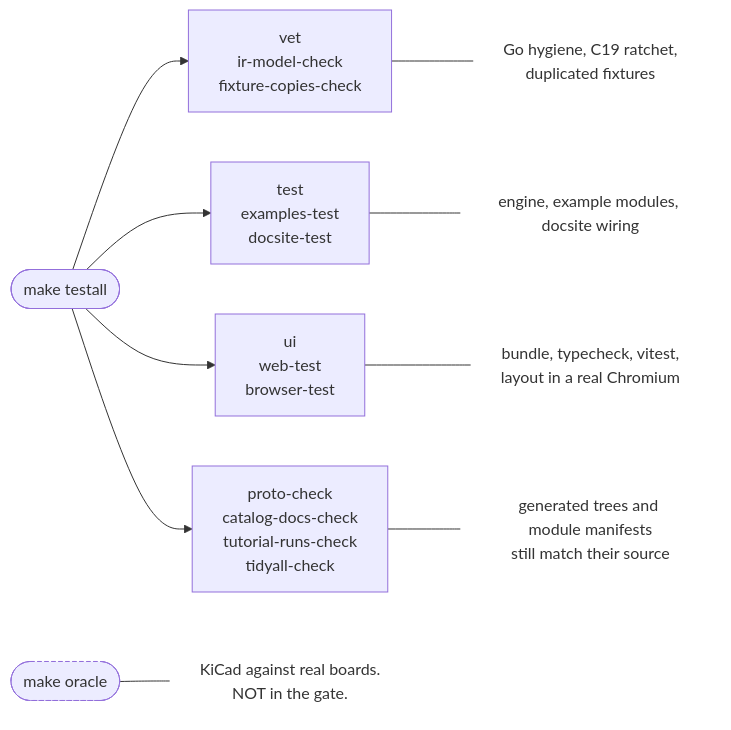
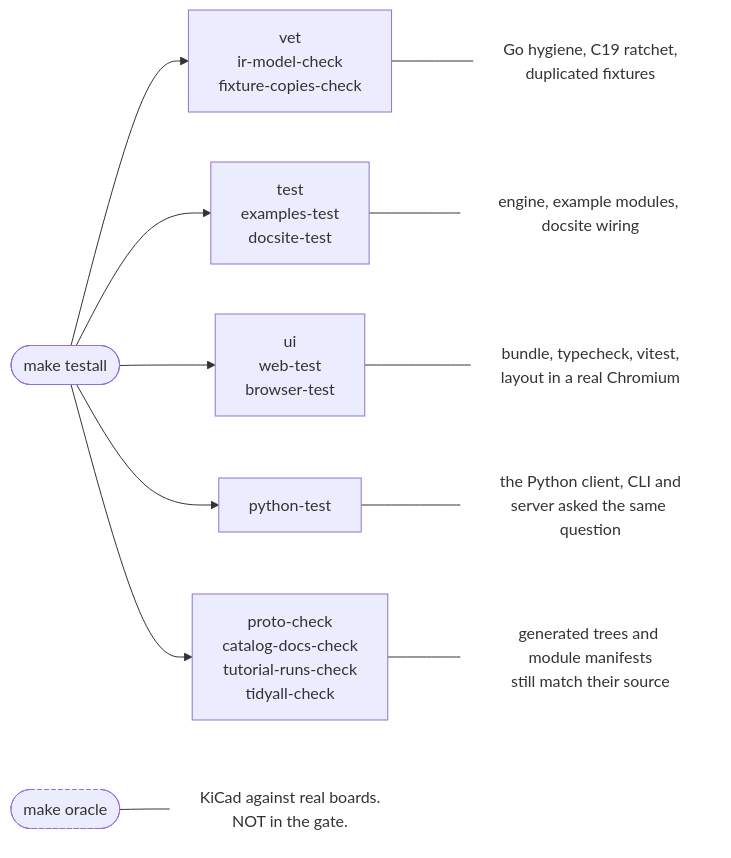
The first of 3 diagrams in docsite/content/build/the-gate.md (panyam/agni), drawn with Mermaid before and after one commit. The commit also changed 69 other files, not shown here.

````diff
--- a/docsite/content/build/the-gate.md
+++ b/docsite/content/build/the-gate.md
@@ -8,17 +8,19 @@
 ```mermaid
 flowchart LR
     T(["make testall"])
     T --> V["vet<br/>ir-model-check<br/>fixture-copies-check"]
     T --> E["test<br/>examples-test<br/>docsite-test"]
     T --> W["ui<br/>web-test<br/>browser-test"]
+    T --> P["python-test"]
     T --> G["proto-check<br/>catalog-docs-check<br/>tutorial-runs-check<br/>tidyall-check"]
     V --- Vn["Go hygiene, C19 ratchet,<br/>duplicated fixtures"]
     E --- En["engine, example modules, docsite wiring"]
     W --- Wn["bundle, typecheck, vitest,<br/>layout in a real Chromium"]
     G --- Gn["generated trees and module manifests<br/>still match their source"]
+    P --- Pn["the Python client, CLI and<br/>server asked the same question"]
     O(["make oracle"]) --- On["KiCad against real boards.<br/>NOT in the gate."]
     classDef note fill:none,stroke:none;
     classDef out stroke-dasharray: 4 3;
-    class Vn,En,Wn,Gn,On note;
+    class Vn,En,Wn,Gn,Pn,On note;
     class O,On out;
 ```
````
